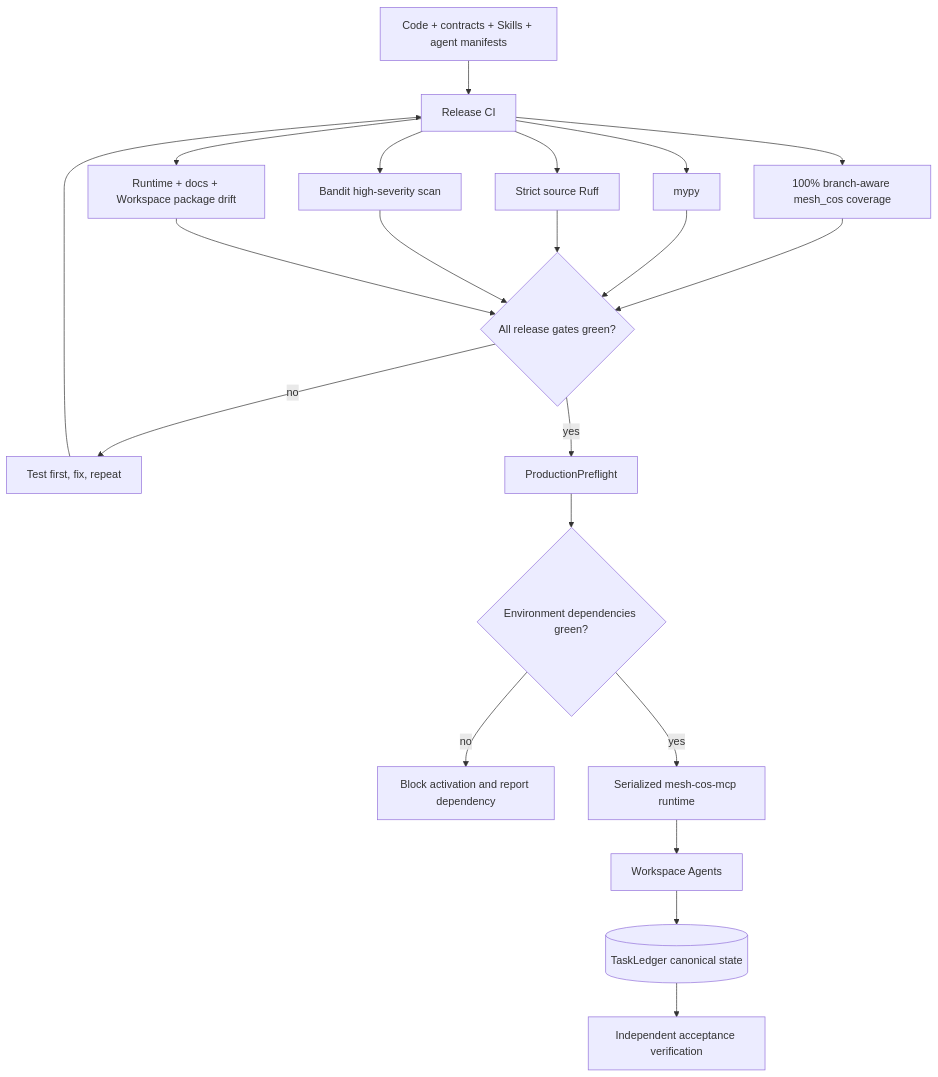
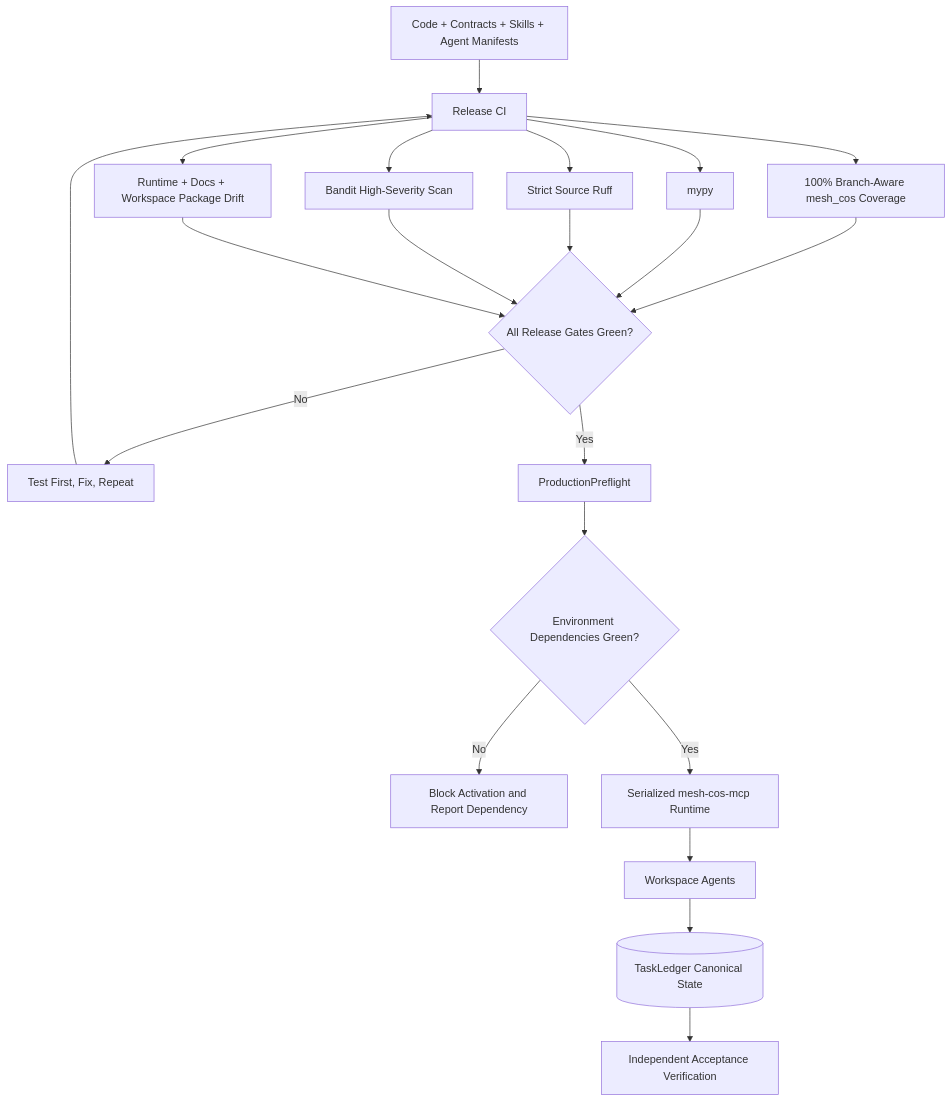
One commit to mkleinbe/mesh-ai-agent-cos-universe changed the first of 3 diagrams in docs/production-readiness.md. Above: the diagram before and after it, drawn with Mermaid. The commit also changed other lines of this file, not shown here.

Commit message:
docs: finalize v1.0.0 production readiness guide

````diff
--- a/docs/production-readiness.md
+++ b/docs/production-readiness.md
@@ -9,23 +11,23 @@
 ```mermaid
 flowchart TD
-    CODE[Code + contracts + Skills + agent manifests] --> CI[Release CI]
-    CI --> COV[100% branch-aware mesh_cos coverage]
+    CODE[Code + Contracts + Skills + Agent Manifests] --> CI[Release CI]
+    CI --> COV[100% Branch-Aware mesh_cos Coverage]
     CI --> TYPE[mypy]
-    CI --> LINT[Strict source Ruff]
-    CI --> SEC[Bandit high-severity scan]
-    CI --> DRIFT[Runtime + docs + Workspace package drift]
-    COV --> READY{All release gates green?}
+    CI --> LINT[Strict Source Ruff]
+    CI --> SEC[Bandit High-Severity Scan]
+    CI --> DRIFT[Runtime + Docs + Workspace Package Drift]
+    COV --> READY{All Release Gates Green?}
     TYPE --> READY
     LINT --> READY
     SEC --> READY
     DRIFT --> READY
-    READY -->|no| FIX[Test first, fix, repeat]
+    READY -->|No| FIX[Test First, Fix, Repeat]
     FIX --> CI
-    READY -->|yes| PREFLIGHT[ProductionPreflight]
-    PREFLIGHT --> ENV{Environment dependencies green?}
-    ENV -->|no| BLOCK[Block activation and report dependency]
-    ENV -->|yes| MCP[Serialized mesh-cos-mcp runtime]
+    READY -->|Yes| PREFLIGHT[ProductionPreflight]
+    PREFLIGHT --> ENV{Environment Dependencies Green?}
+    ENV -->|No| BLOCK[Block Activation and Report Dependency]
+    ENV -->|Yes| MCP[Serialized mesh-cos-mcp Runtime]
     MCP --> AGENTS[Workspace Agents]
-    AGENTS --> LEDGER[(TaskLedger canonical state)]
-    LEDGER --> VERIFY[Independent acceptance verification]
+    AGENTS --> LEDGER[(TaskLedger Canonical State)]
+    LEDGER --> VERIFY[Independent Acceptance Verification]
 ```
````
